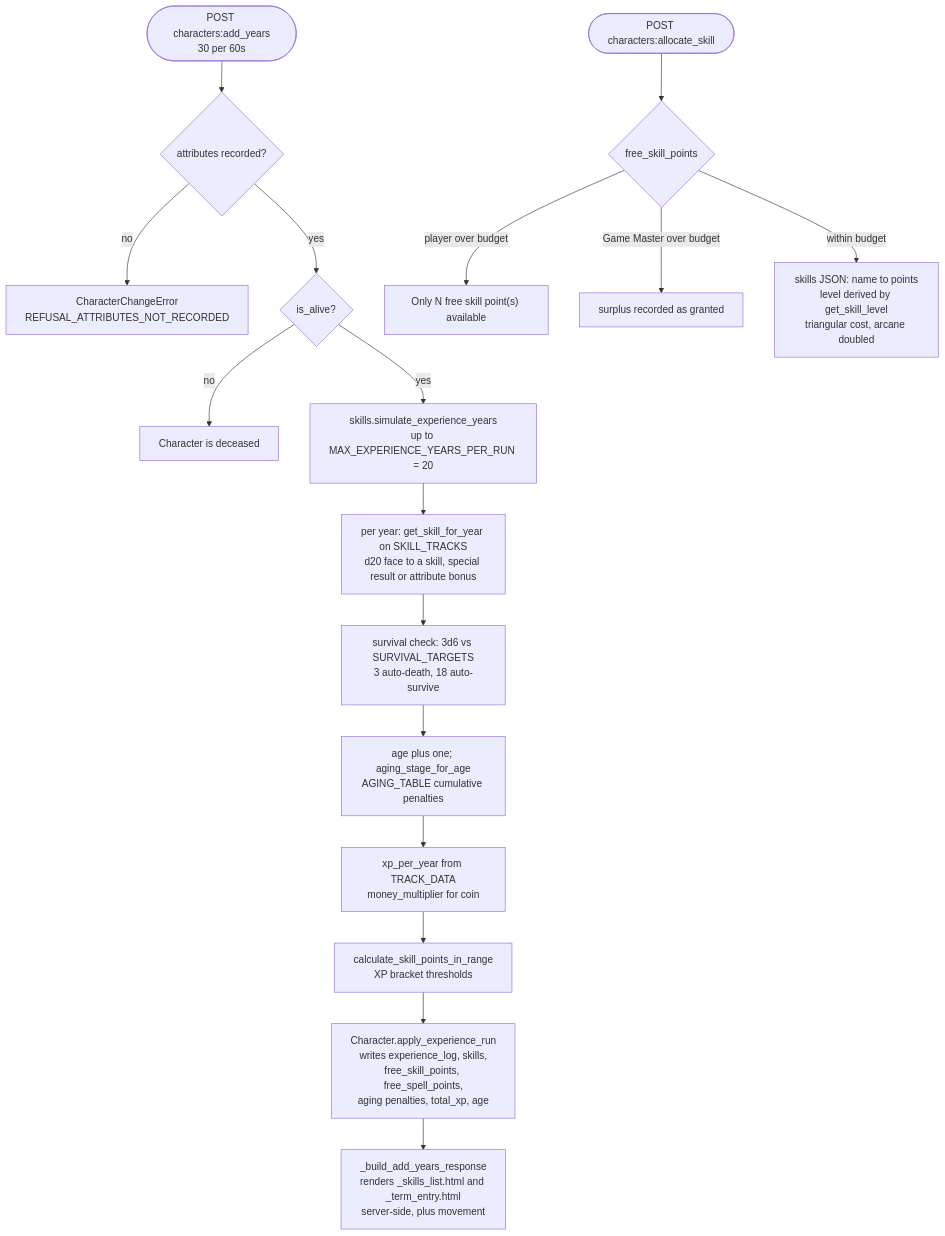
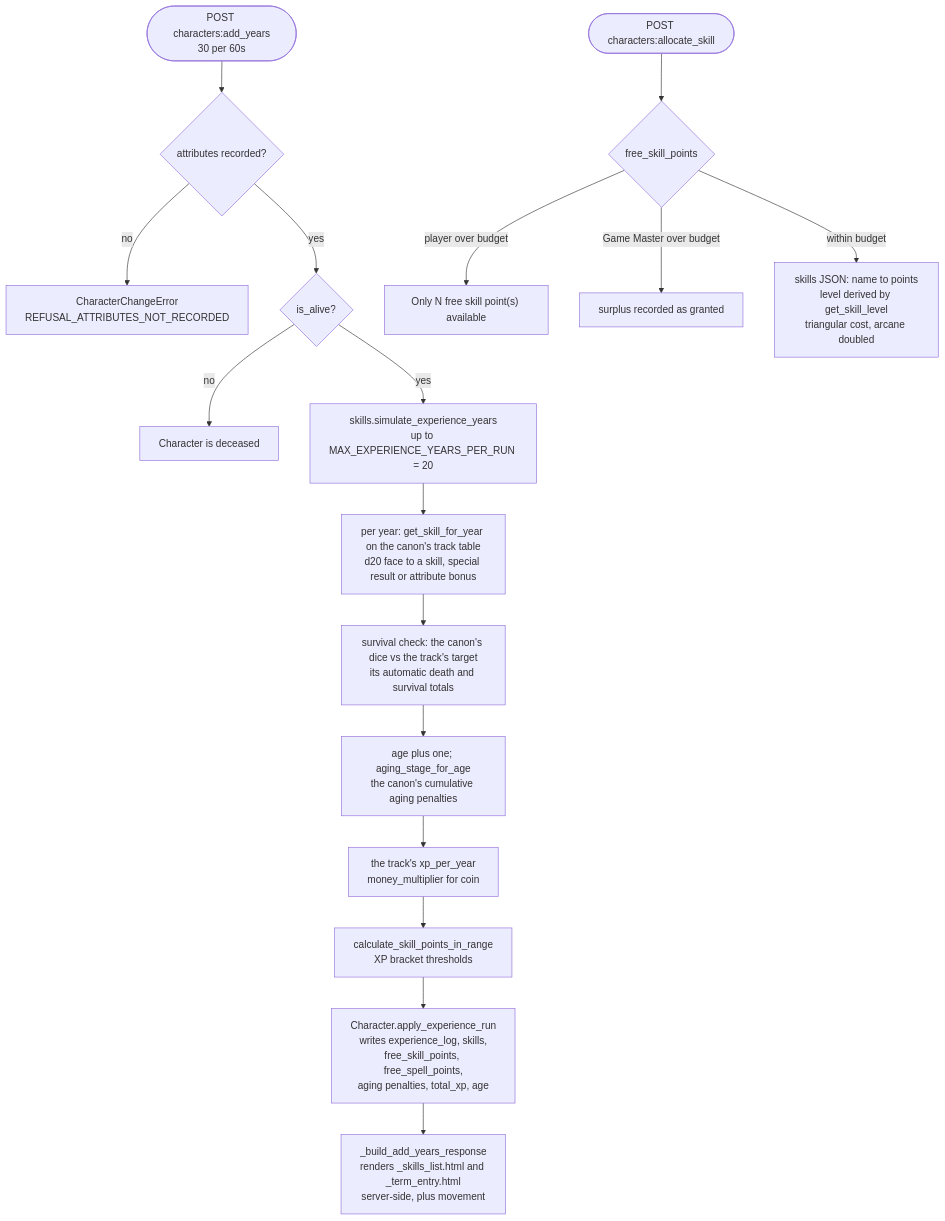
Before and after one commit to smarks/tarmar-studio: the seventh of 18 diagrams in docs/architecture.md, drawn with Mermaid. The commit also changed other lines of this file and 46 other files, not shown here.

First line of the commit message:
Seat the skill tracks, ladder, cost, survival and aging rules; delete the Python tables (#70)

````diff
--- a/docs/architecture.md
+++ b/docs/architecture.md
@@ -542,20 +542,20 @@
 ```mermaid
 flowchart TD
     post(["POST characters:add_years<br/>30 per 60s"]) --> guard{"attributes recorded?"}
     guard -->|"no"| refuse1["CharacterChangeError<br/>REFUSAL_ATTRIBUTES_NOT_RECORDED"]
     guard -->|"yes"| alive{"is_alive?"}
     alive -->|"no"| refuse2["Character is deceased"]
     alive -->|"yes"| sim["skills.simulate_experience_years<br/>up to MAX_EXPERIENCE_YEARS_PER_RUN = 20"]
-    sim --> peryear["per year: get_skill_for_year on SKILL_TRACKS<br/>d20 face to a skill, special result or attribute bonus"]
-    peryear --> surv["survival check: 3d6 vs SURVIVAL_TARGETS<br/>3 auto-death, 18 auto-survive"]
-    surv --> age["age plus one; aging_stage_for_age<br/>AGING_TABLE cumulative penalties"]
-    age --> xp["xp_per_year from TRACK_DATA<br/>money_multiplier for coin"]
+    sim --> peryear["per year: get_skill_for_year on the canon's track table<br/>d20 face to a skill, special result or attribute bonus"]
+    peryear --> surv["survival check: the canon's dice vs the track's target<br/>its automatic death and survival totals"]
+    surv --> age["age plus one; aging_stage_for_age<br/>the canon's cumulative aging penalties"]
+    age --> xp["the track's xp_per_year<br/>money_multiplier for coin"]
     xp --> pts["calculate_skill_points_in_range<br/>XP bracket thresholds"]
     pts --> apply["Character.apply_experience_run<br/>writes experience_log, skills,<br/>free_skill_points, free_spell_points,<br/>aging penalties, total_xp, age"]
     apply --> resp["_build_add_years_response<br/>renders _skills_list.html and _term_entry.html<br/>server-side, plus movement"]
 
     spend(["POST characters:allocate_skill"]) --> budget{"free_skill_points"}
     budget -->|"player over budget"| refuse3["Only N free skill point(s) available"]
     budget -->|"Game Master over budget"| granted["surplus recorded as granted"]
     budget -->|"within budget"| store["skills JSON: name to points<br/>level derived by get_skill_level<br/>triangular cost, arcane doubled"]
 ```
````
